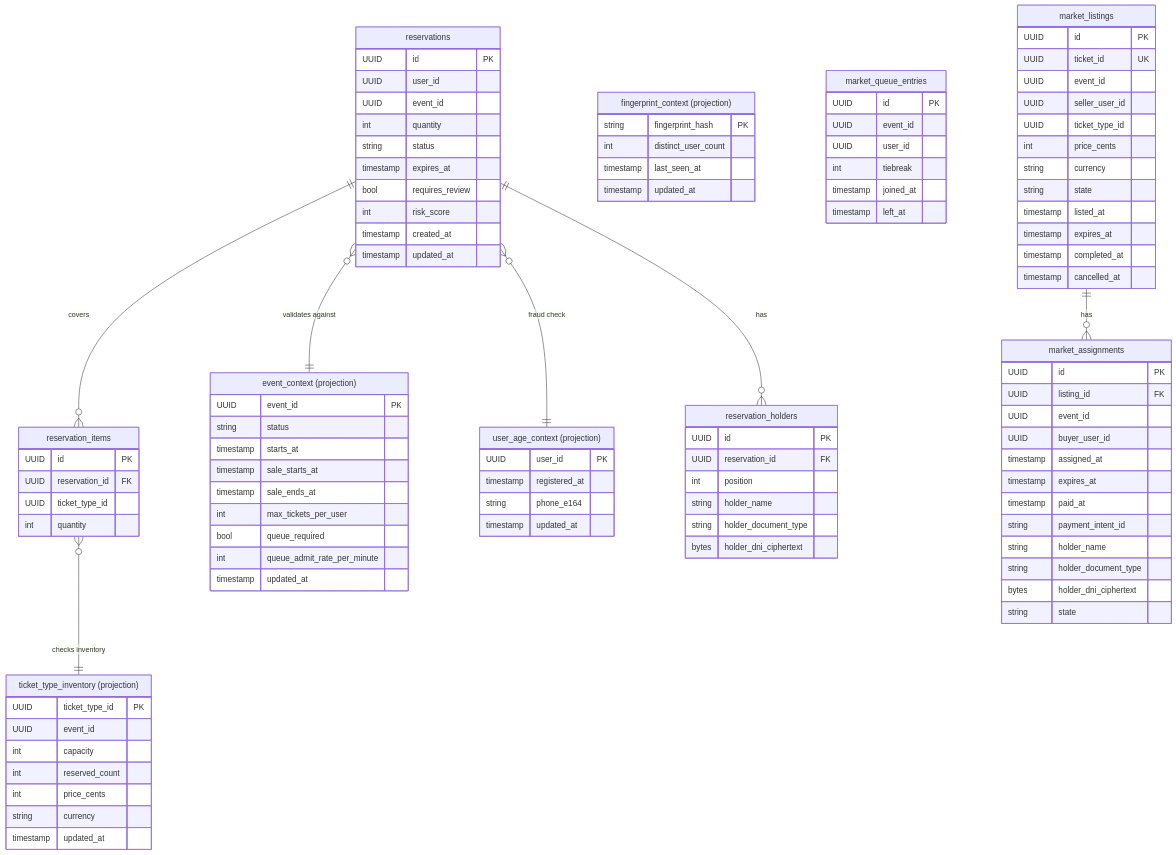
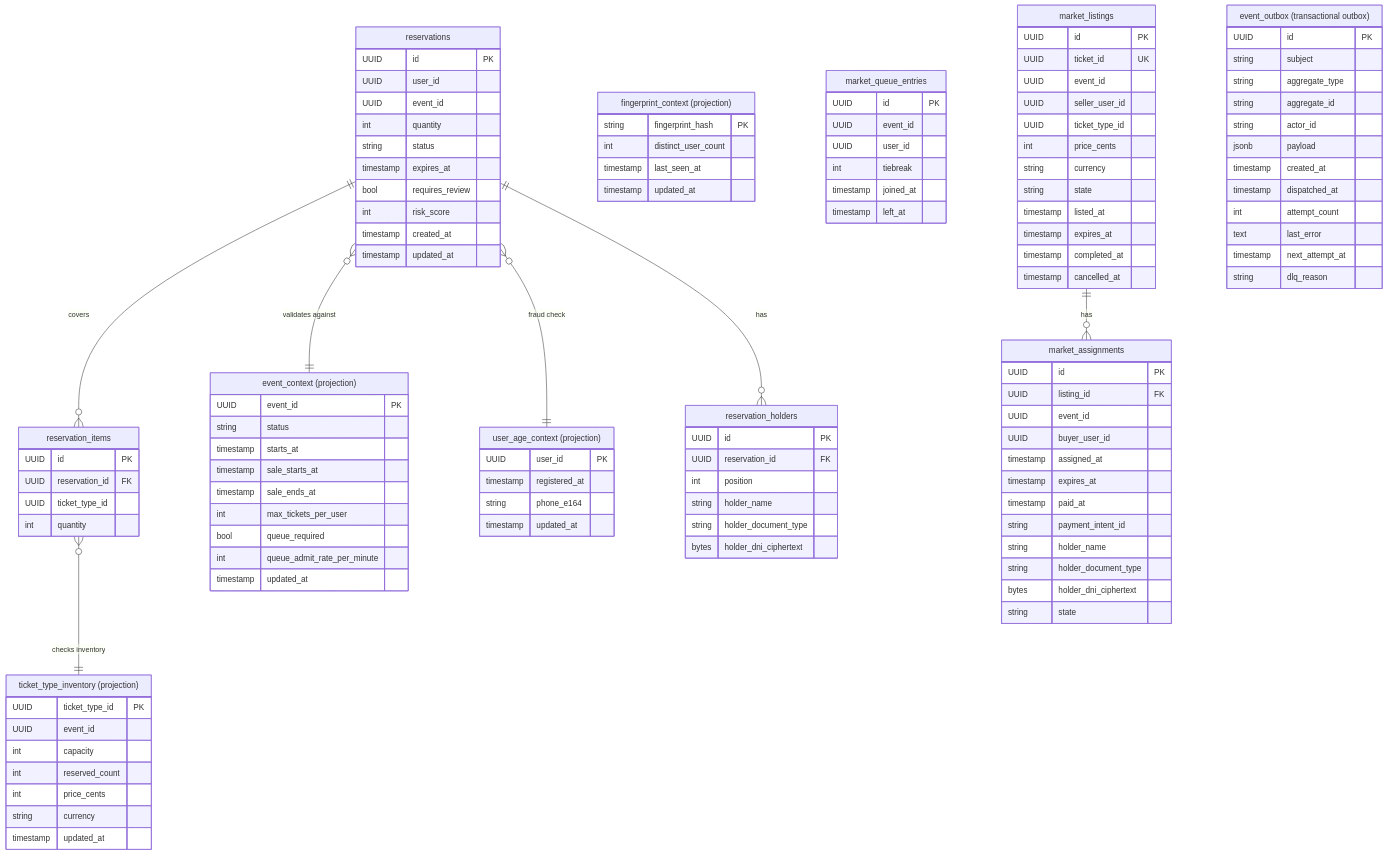
The diagram in docs/architecture/apps/api/services/sales/schema.md (cristiangilsanz/qrew), drawn with Mermaid before and after one commit. The commit also changed other lines of this file and 102 other files, not shown here.

Commit message:
feat: publish domain events through a transactional outbox and split the stack into networks (#293)

```diff
--- a/docs/architecture/apps/api/services/sales/schema.md
+++ b/docs/architecture/apps/api/services/sales/schema.md
@@ -106,6 +106,21 @@
         string state
     }
 
+    event_outbox["event_outbox (transactional outbox)"] {
+        UUID id PK
+        string subject
+        string aggregate_type
+        string aggregate_id
+        string actor_id
+        jsonb payload
+        timestamp created_at
+        timestamp dispatched_at
+        int attempt_count
+        text last_error
+        timestamp next_attempt_at
+        string dlq_reason
+    }
+
     reservations }o--|| event_context : "validates against"
     reservations ||--o{ reservation_items : "covers"
     reservation_items }o--|| ticket_type_inventory : "checks inventory"
```
